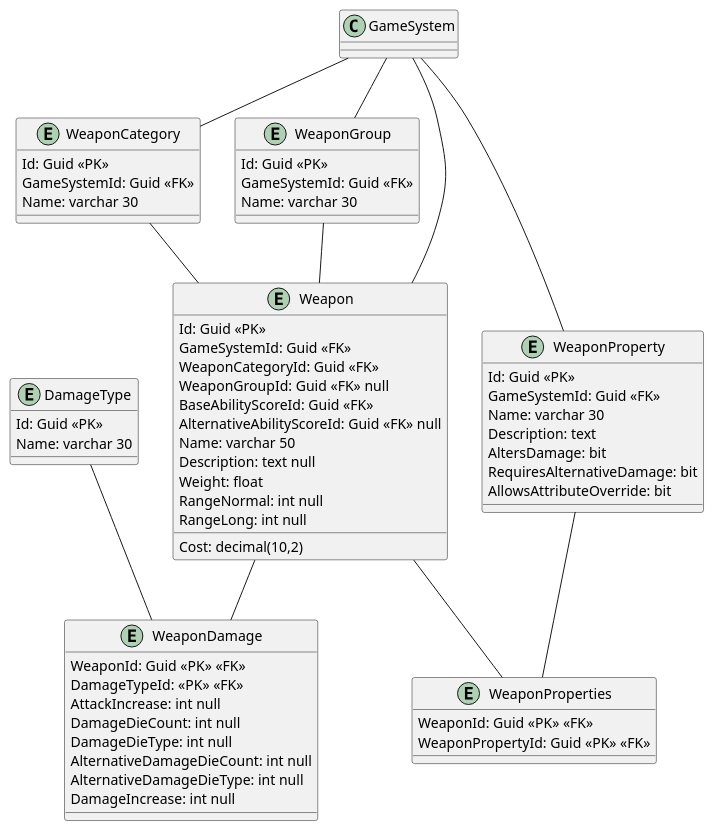
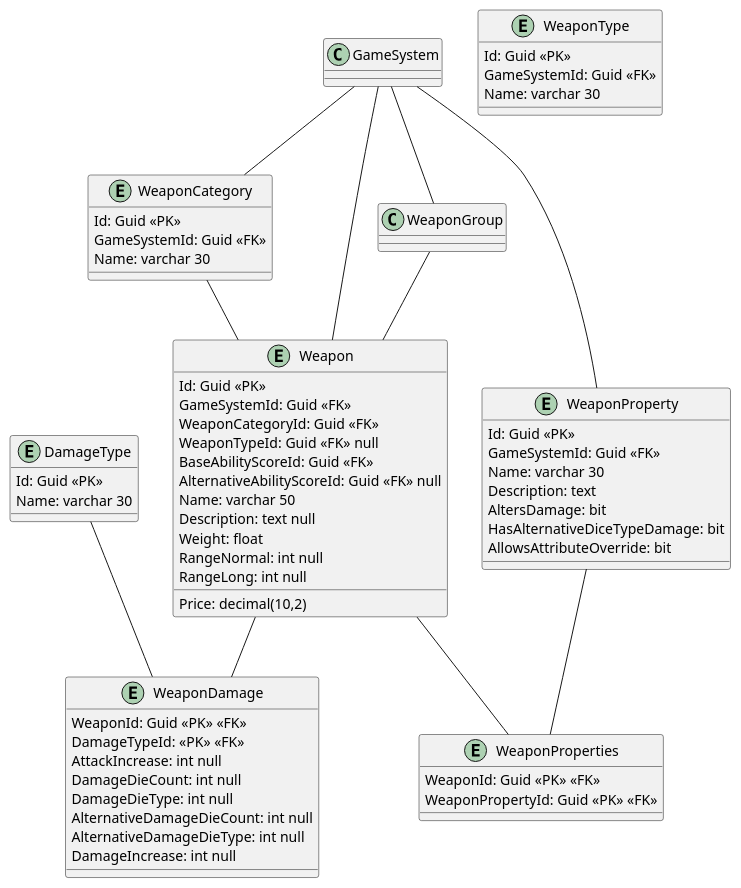
One commit to LucasZottis/RPGManager changed the diagram in Diagrams/Weapon_diagram.puml. Above: the diagram before and after it, drawn with PlantUML. The commit also changed 154 other files, not shown here.

```diff
--- a/Diagrams/Weapon_diagram.puml
+++ b/Diagrams/Weapon_diagram.puml
@@ -1,73 +1,75 @@
 @startuml Weapon
 entity WeaponCategory {
     Id: Guid <<PK>>
     GameSystemId: Guid <<FK>>
     Name: varchar 30
 }
 
-entity WeaponGroup {
+entity WeaponType {
     Id: Guid <<PK>>
     GameSystemId: Guid <<FK>>
     Name: varchar 30
 }
 
 entity WeaponProperty {
     Id: Guid <<PK>>
     GameSystemId: Guid <<FK>>
     Name: varchar 30
     Description: text
     AltersDamage: bit
-    RequiresAlternativeDamage: bit
+    ' RequiresAlternativeDamage: bit
+    ' AllowsAttributeOverride: bit
+    HasAlternativeDiceTypeDamage: bit
     AllowsAttributeOverride: bit
 }
 
 entity Weapon {
     Id: Guid <<PK>>
     GameSystemId: Guid <<FK>>
     WeaponCategoryId: Guid <<FK>>
-    WeaponGroupId: Guid <<FK>> null
+    WeaponTypeId: Guid <<FK>> null
     BaseAbilityScoreId: Guid <<FK>>
     AlternativeAbilityScoreId: Guid <<FK>> null
     Name: varchar 50
     Description: text null
-    Cost: decimal(10,2)
+    Price: decimal(10,2)
     Weight: float
     RangeNormal: int null
     RangeLong: int null
 }
 
 entity DamageType {
     Id: Guid <<PK>>
     Name: varchar 30
 }
 
 entity WeaponDamage {
     WeaponId: Guid <<PK>> <<FK>>
     DamageTypeId: <<PK>> <<FK>>
     AttackIncrease: int null
     DamageDieCount: int null
     DamageDieType: int null
     AlternativeDamageDieCount: int null
     AlternativeDamageDieType: int null
     DamageIncrease: int null
 }
 
 entity WeaponProperties {
     WeaponId: Guid <<PK>> <<FK>>
     WeaponPropertyId: Guid <<PK>> <<FK>>
 }
 
 GameSystem -- WeaponCategory
 GameSystem -- WeaponGroup
 GameSystem -- Weapon
 GameSystem -- WeaponProperty
 
 WeaponCategory -- Weapon
 WeaponGroup -- Weapon
 
 Weapon -- WeaponProperties
 WeaponProperty -- WeaponProperties
 
 Weapon -- WeaponDamage
 DamageType -- WeaponDamage
 @enduml
```
